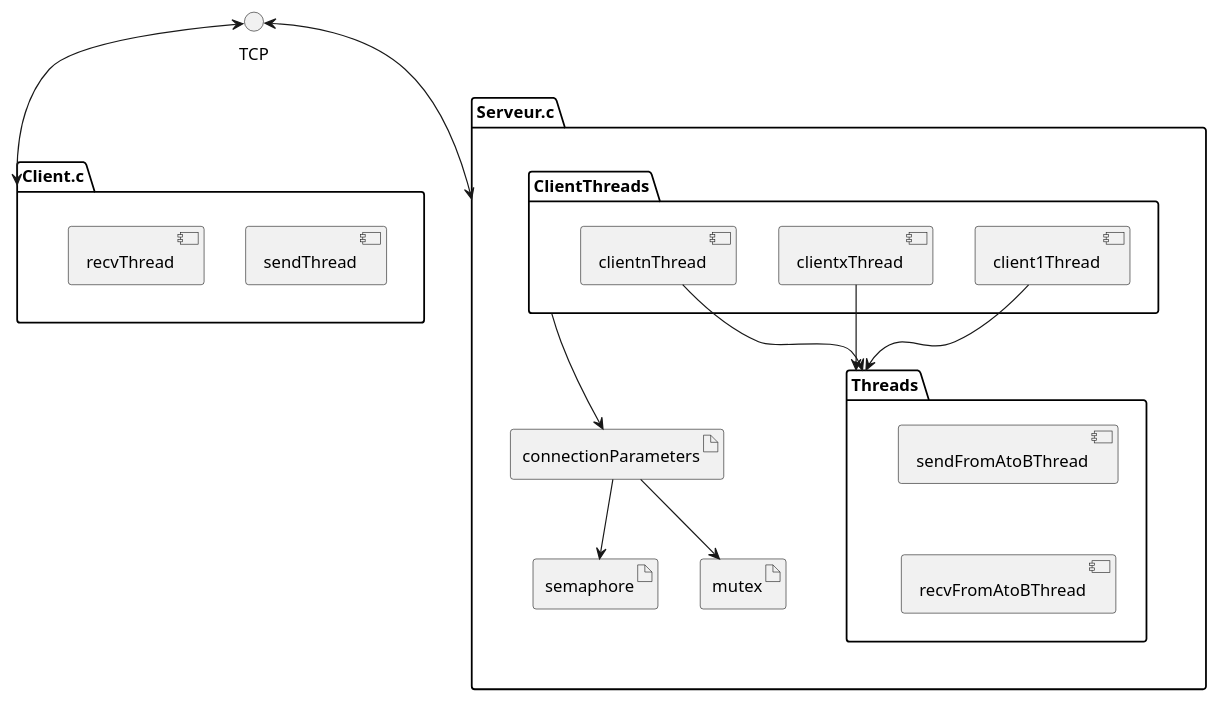
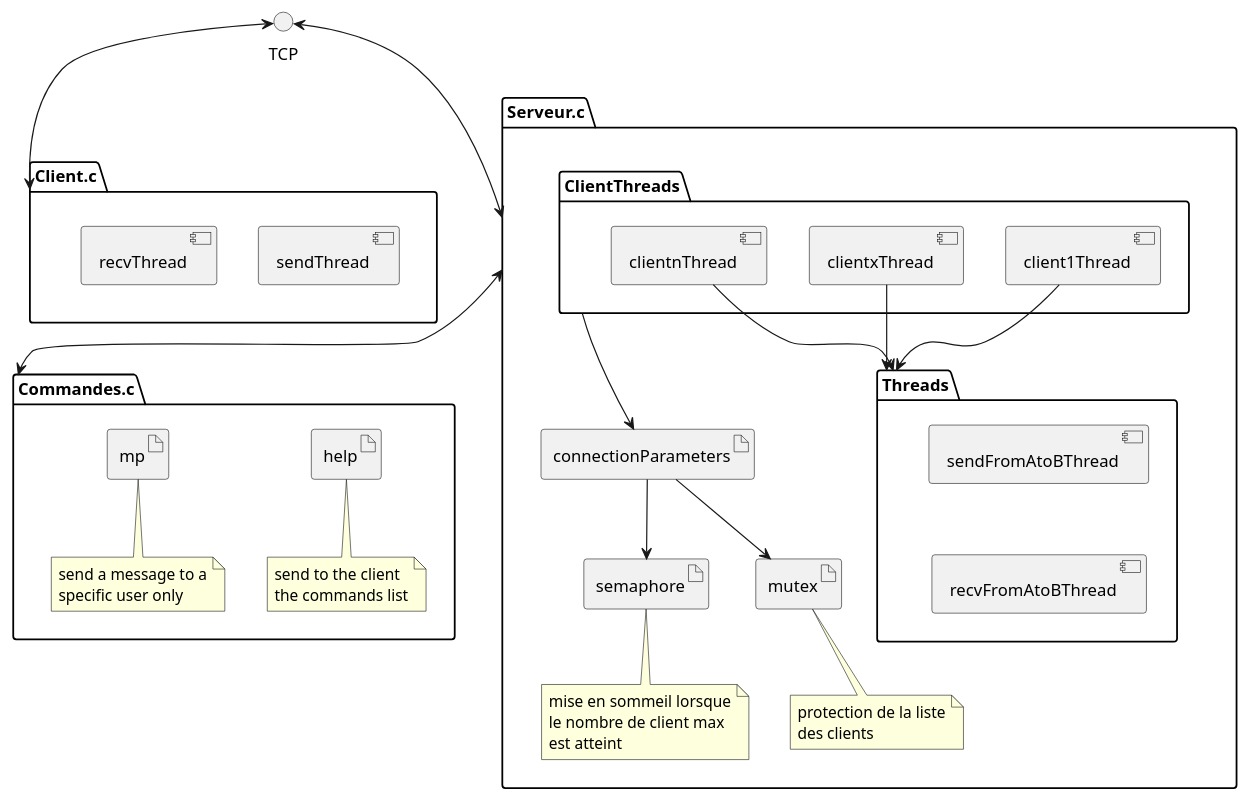
The diagram in reports/sprint2/architecture.plantuml (iusildra/PolyMessages), drawn with PlantUML before and after one commit. The commit also changed 9 other files, not shown here.

```diff
--- a/reports/sprint2/architecture.plantuml
+++ b/reports/sprint2/architecture.plantuml
@@ -1,43 +1,71 @@
 @startuml architecture
 
 together {
-	package Serveur.c {
+	package Serveur.c as Server {
 		package ClientThreads {
 			component client1Thread as c1
 			component clientxThread as cx
 			component clientnThread as cn
 		}
 		' c1 -[hidden]d- cx
 		' cx -[hidden]d- cn
 
 		package Threads {
 			component sendFromAtoBThread
 			component recvFromAtoBThread
 			sendFromAtoBThread -[hidden]d- recvFromAtoBThread
 
 		}
 		c1 --> Threads
 		cx --> Threads
 		cn --> Threads
 		artifact connectionParameters as param
 		artifact semaphore as sem
 		artifact mutex
 		param <-u- ClientThreads
 		param --> sem
 		param --> mutex
+
+		note bottom of mutex 
+		protection de la liste
+		des clients
+		end note
+		note bottom of sem
+		mise en sommeil lorsque
+		le nombre de client max
+		est atteint
+		end note
 	}
 
 
-	package Client.c {
+	package Client.c as Client {
 		together {
 			component sendThread as sendThread
 			component recvThread as recvThread
 		}
+	}
 
+	package Commandes.c as Commands {
+		artifact help
+		artifact mp
+
+		note bottom of help
+		send to the client
+		the commands list
+		end note
+
+		note bottom of mp
+		send a message to a
+		specific user only
+		end note
 	}
+
+
 }
 interface TCP
 
-TCP <--> Client.c
-TCP <--> Serveur.c
+TCP <--> Client
+Client -[hidden]d- Commands 
+Server <--> Commands
+TCP <--> Server
 @enduml
```
